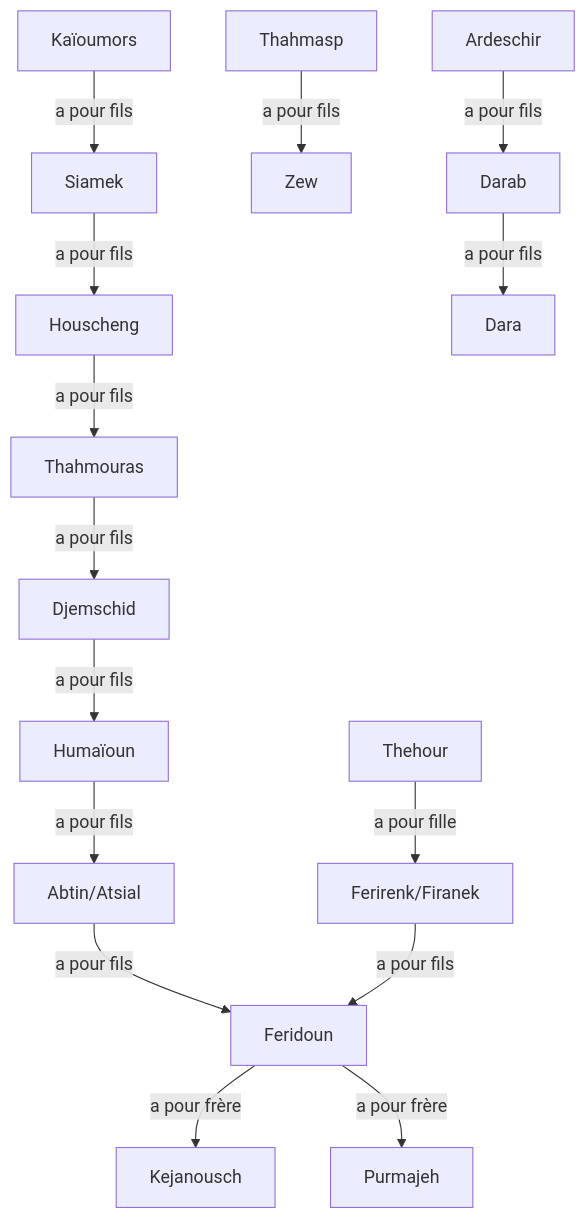
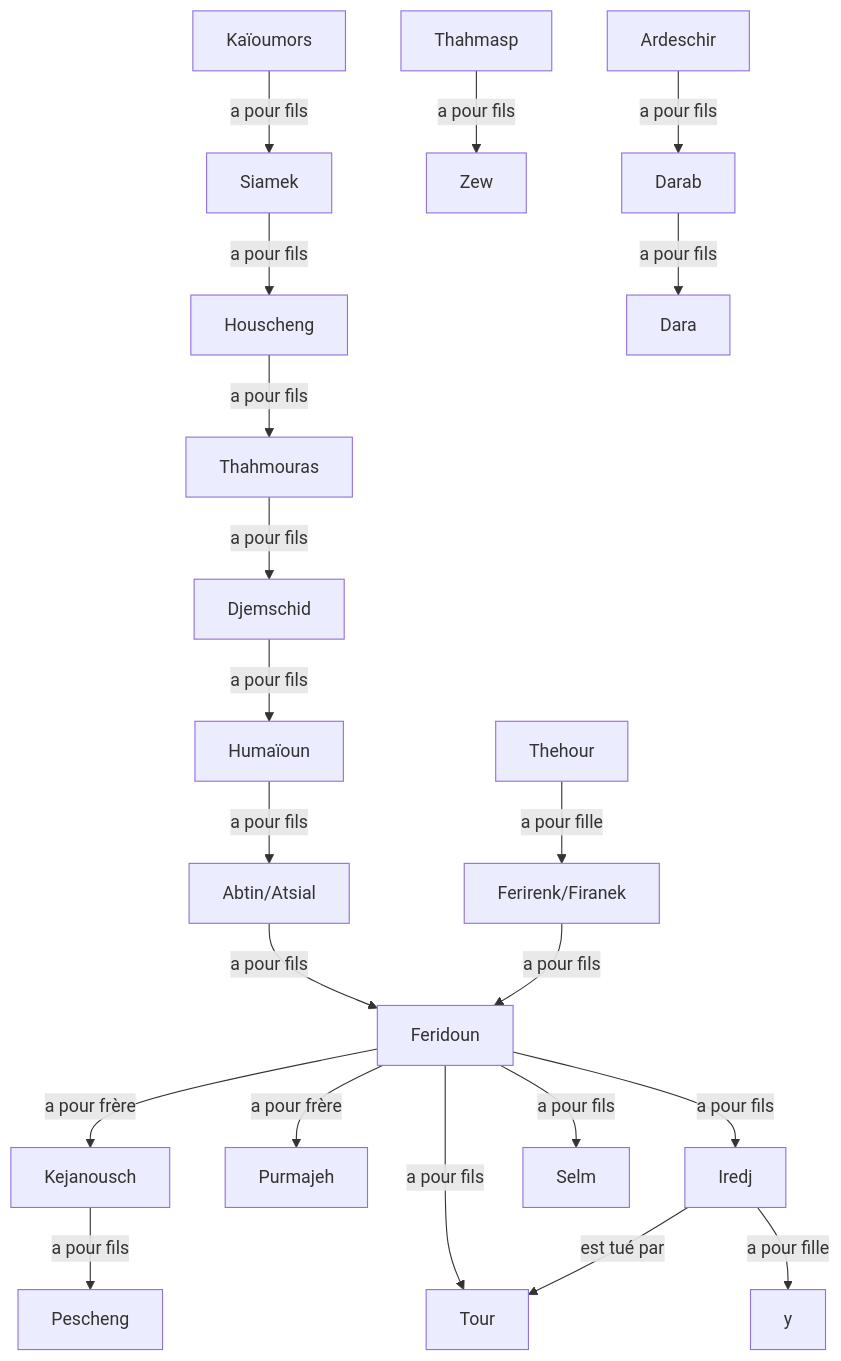
One commit to hdorgeval/le-livre-des-rois changed the diagram in src/graphs/kaioumors/kaioumors.mmd. Above: the diagram before and after it, drawn with Mermaid.

Commit message:
feat(kaioumors): update genealogy graph

```diff
--- a/src/graphs/kaioumors/kaioumors.mmd
+++ b/src/graphs/kaioumors/kaioumors.mmd
@@ -1,15 +1,21 @@
 graph TD
 Kaïoumors --a pour fils--> Siamek
 Siamek --a pour fils--> Houscheng
 Houscheng --a pour fils--> Thahmouras
 Thahmouras --a pour fils--> Djemschid
 Djemschid --a pour fils--> Humaïoun
 Humaïoun --a pour fils-->Abtin/Atsial
 Abtin/Atsial --a pour fils--> Feridoun
 Thehour --a pour fille--> Ferirenk/Firanek
 Ferirenk/Firanek --a pour fils--> Feridoun
 Feridoun --a pour frère--> Kejanousch
 Feridoun --a pour frère--> Purmajeh
 Thahmasp --a pour fils--> Zew
 Ardeschir --a pour fils--> Darab
 Darab --a pour fils--> Dara
+Feridoun --a pour fils-->Iredj
+Feridoun --a pour fils-->Tour
+Feridoun --a pour fils-->Selm
+Iredj --est tué par--> Tour
+Kejanousch --a pour fils-->Pescheng
+Iredj --a pour fille--> y
```
